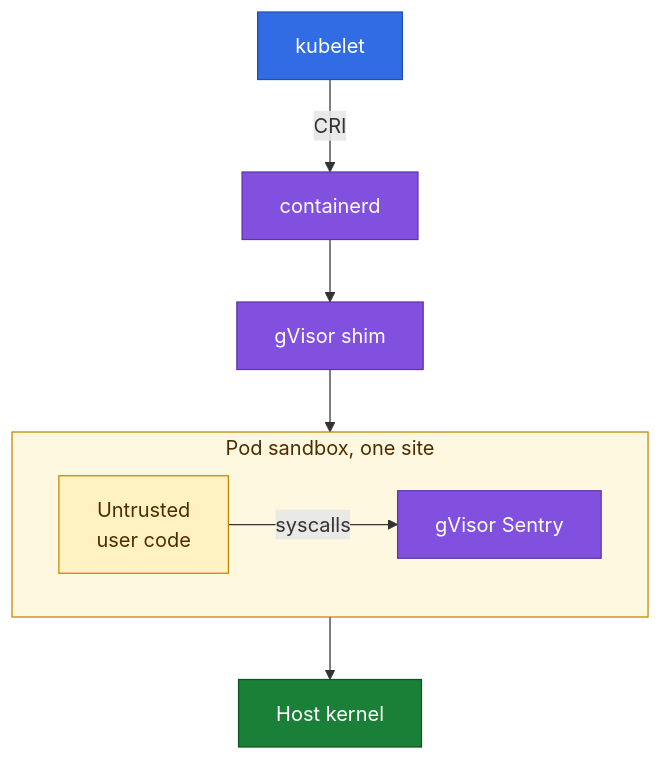
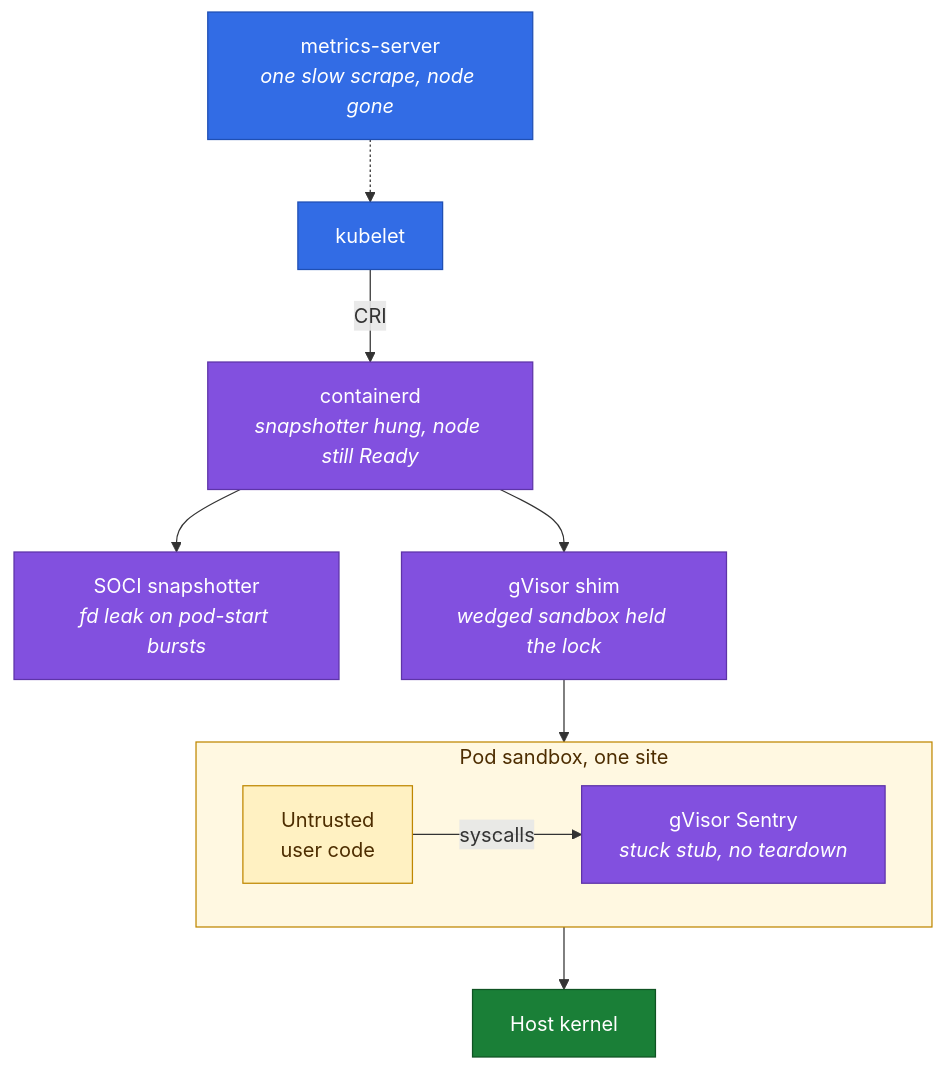
One commit to NahumLitvin/NahumLitvin changed the diagram in README.md. Above: the diagram before and after it, drawn with Mermaid. The commit also changed other lines of this file, not shown here.

````diff
--- a/README.md
+++ b/README.md
@@ -7,18 +9,22 @@
 ```mermaid
 flowchart TD
-  kubelet -->|CRI| ctr["containerd"]
-  ctr --> shim["gVisor shim"]
+  ms["metrics-server<br/><i>one slow scrape, node gone</i>"] -.-> kubelet
+  kubelet -->|CRI| ctr["containerd<br/><i>snapshotter hung, node still Ready</i>"]
+  ctr --> soci["SOCI snapshotter<br/><i>fd leak on pod-start bursts</i>"]
+  ctr --> shim["gVisor shim<br/><i>wedged sandbox held the lock</i>"]
   shim --> sandbox
   subgraph sandbox["Pod sandbox, one site"]
     direction LR
-    code["Untrusted<br/>user code"] -->|syscalls| sentry["gVisor Sentry"]
+    code["Untrusted<br/>user code"] -->|syscalls| sentry["gVisor Sentry<br/><i>stuck stub, no teardown</i>"]
   end
   sentry --> kernel["Host kernel"]
   style sandbox fill:#fff8e1,stroke:#bf8700,color:#4d2d00
   style code fill:#fff1c2,stroke:#bf8700,color:#4d2d00
+  style ms fill:#326ce5,stroke:#1f4fb4,color:#ffffff
   style kubelet fill:#326ce5,stroke:#1f4fb4,color:#ffffff
   style ctr fill:#8250df,stroke:#5e34a8,color:#ffffff
+  style soci fill:#8250df,stroke:#5e34a8,color:#ffffff
   style shim fill:#8250df,stroke:#5e34a8,color:#ffffff
   style sentry fill:#8250df,stroke:#5e34a8,color:#ffffff
   style kernel fill:#1a7f37,stroke:#0f5323,color:#ffffff
 ```
````
